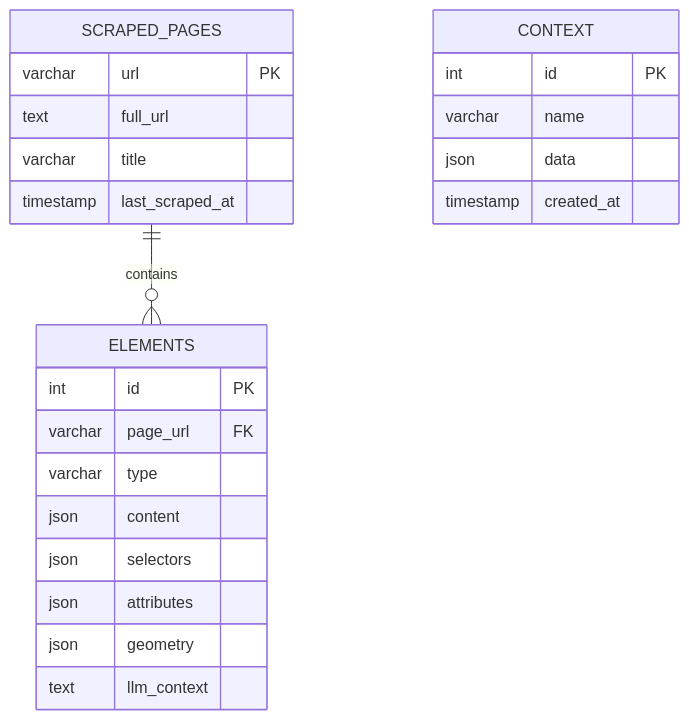
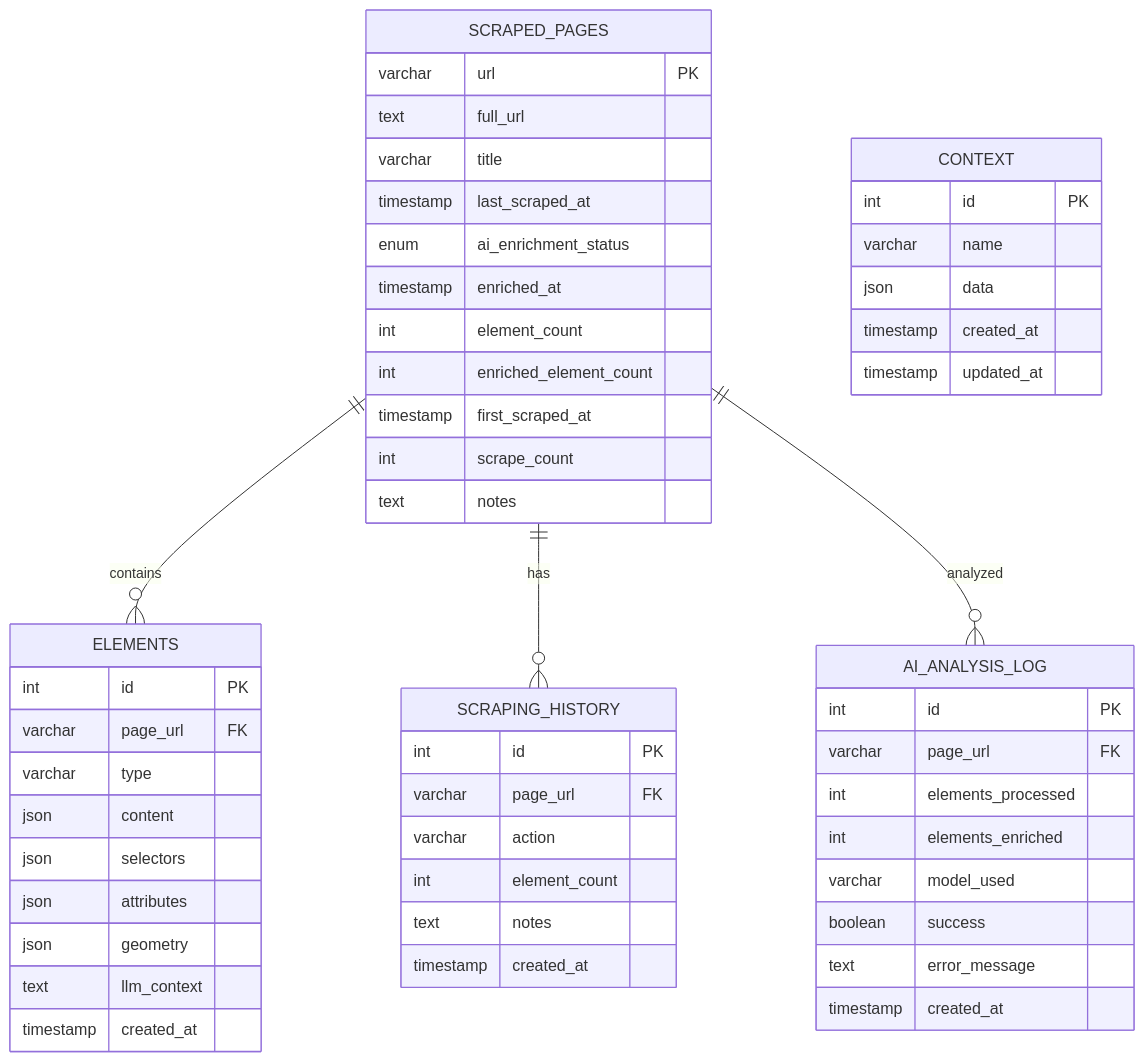
One commit to alikhan37544/InteractGenxSRM-1 changed the third of 14 diagrams in .qoder/repowiki/en/content/Extraction Script System/Extraction Script System.md. Above: the diagram before and after it, drawn with Mermaid. The commit also changed other lines of this file and 6645 other files, not shown here.

````diff
--- a/.qoder/repowiki/en/content/Extraction Script System/Extraction Script System.md
+++ b/.qoder/repowiki/en/content/Extraction Script System/Extraction Script System.md
@@ -183,26 +237,55 @@
 ```mermaid
 erDiagram
 SCRAPED_PAGES {
 varchar url PK
 text full_url
 varchar title
 timestamp last_scraped_at
+enum ai_enrichment_status
+timestamp enriched_at
+int element_count
+int enriched_element_count
+timestamp first_scraped_at
+int scrape_count
+text notes
 }
 ELEMENTS {
 int id PK
 varchar page_url FK
 varchar type
 json content
 json selectors
 json attributes
 json geometry
 text llm_context
+timestamp created_at
 }
 CONTEXT {
 int id PK
 varchar name
 json data
 timestamp created_at
+timestamp updated_at
+}
+SCRAPING_HISTORY {
+int id PK
+varchar page_url FK
+varchar action
+int element_count
+text notes
+timestamp created_at
+}
+AI_ANALYSIS_LOG {
+int id PK
+varchar page_url FK
+int elements_processed
+int elements_enriched
+varchar model_used
+boolean success
+text error_message
+timestamp created_at
 }
 SCRAPED_PAGES ||--o{ ELEMENTS : "contains"
+SCRAPED_PAGES ||--o{ SCRAPING_HISTORY : "has"
+SCRAPED_PAGES ||--o{ AI_ANALYSIS_LOG : "analyzed"
 ```
````
